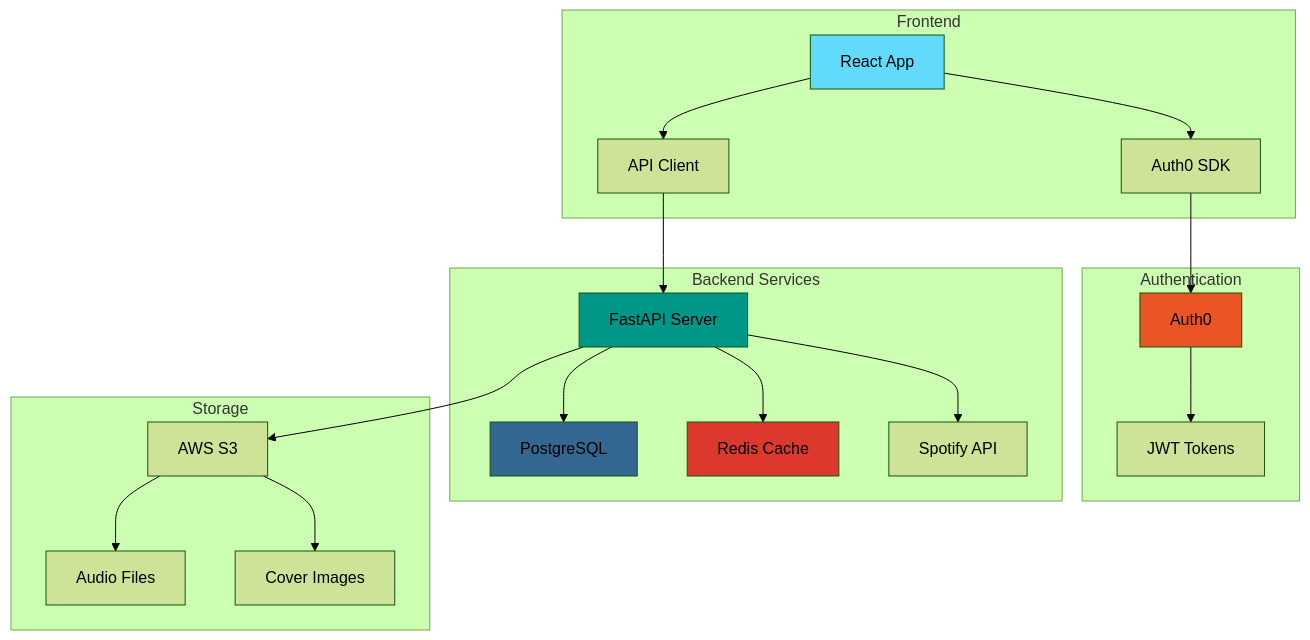
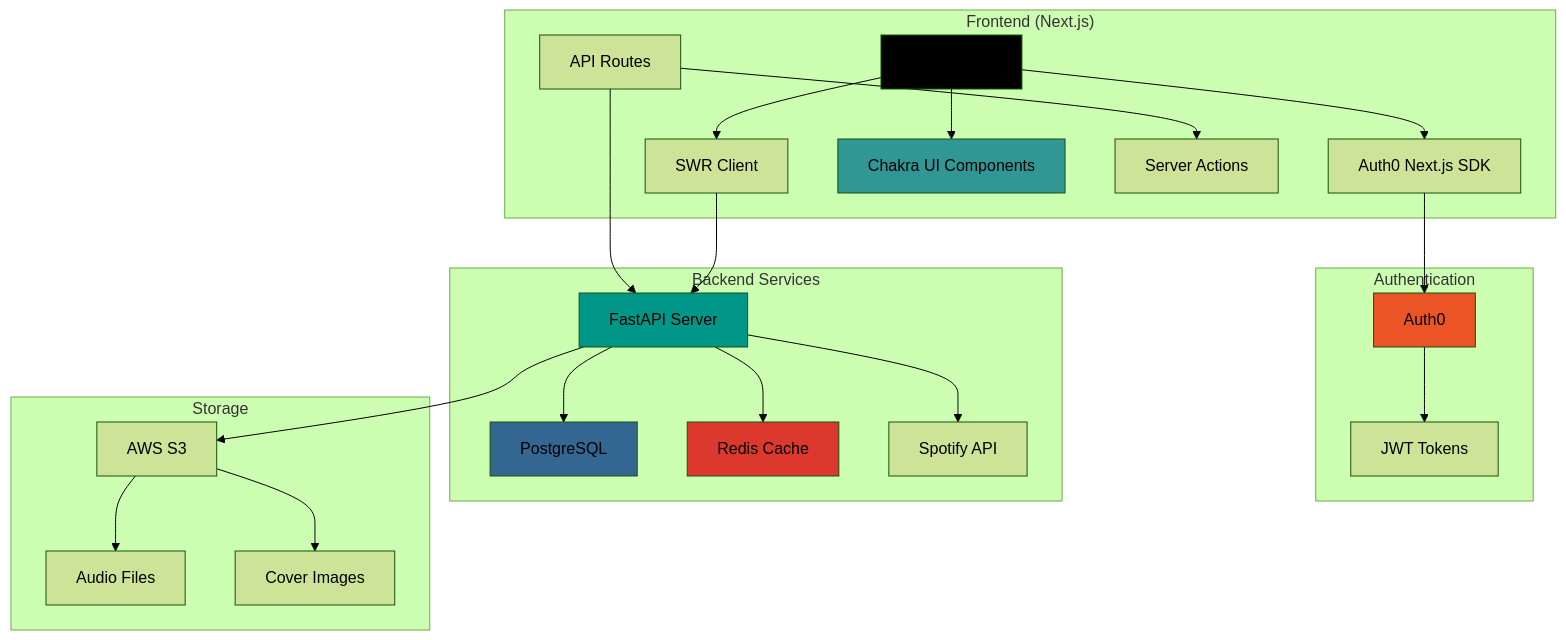
The first of 4 diagrams in docs/architecture.md (ars1mm/spotify-project), drawn with Mermaid (forest theme) before and after one commit. The commit also changed other lines of this file and 1 other file, not shown here.

Commit message:
Update README and architecture documentation to reflect frontend framework changes to Next.js and update technology stack

````diff
--- a/docs/architecture.md
+++ b/docs/architecture.md
@@ -5,32 +5,36 @@
 ```mermaid
 graph TB
-    subgraph "Frontend"
-        A[React App] --> B[Auth0 SDK]
-        A --> C[API Client]
+    subgraph "Frontend (Next.js)"
+        A[Next.js App] --> B[Auth0 Next.js SDK]
+        A --> C[SWR Client]
+        A --> D[Chakra UI Components]
+        E[API Routes] --> F[Server Actions]
     end
     
     subgraph "Authentication"
-        D[Auth0] --> E[JWT Tokens]
+        G[Auth0] --> H[JWT Tokens]
     end
     
     subgraph "Backend Services"
-        F[FastAPI Server] --> G[PostgreSQL]
-        F --> H[Redis Cache]
-        F --> I[Spotify API]
+        I[FastAPI Server] --> J[PostgreSQL]
+        I --> K[Redis Cache]
+        I --> L[Spotify API]
     end
     
     subgraph "Storage"
-        J[AWS S3] --> K[Audio Files]
-        J --> L[Cover Images]
+        M[AWS S3] --> N[Audio Files]
+        M --> O[Cover Images]
     end
     
-    B --> D
-    C --> F
-    F --> J
+    B --> G
+    C --> I
+    E --> I
+    I --> M
     
-    style A fill:#61dafb
-    style F fill:#009688
-    style D fill:#eb5424
-    style G fill:#336791
-    style H fill:#dc382d
+    style A fill:#000000
+    style I fill:#009688
+    style G fill:#eb5424
+    style J fill:#336791
+    style K fill:#dc382d
+    style D fill:#319795
 ```
````
